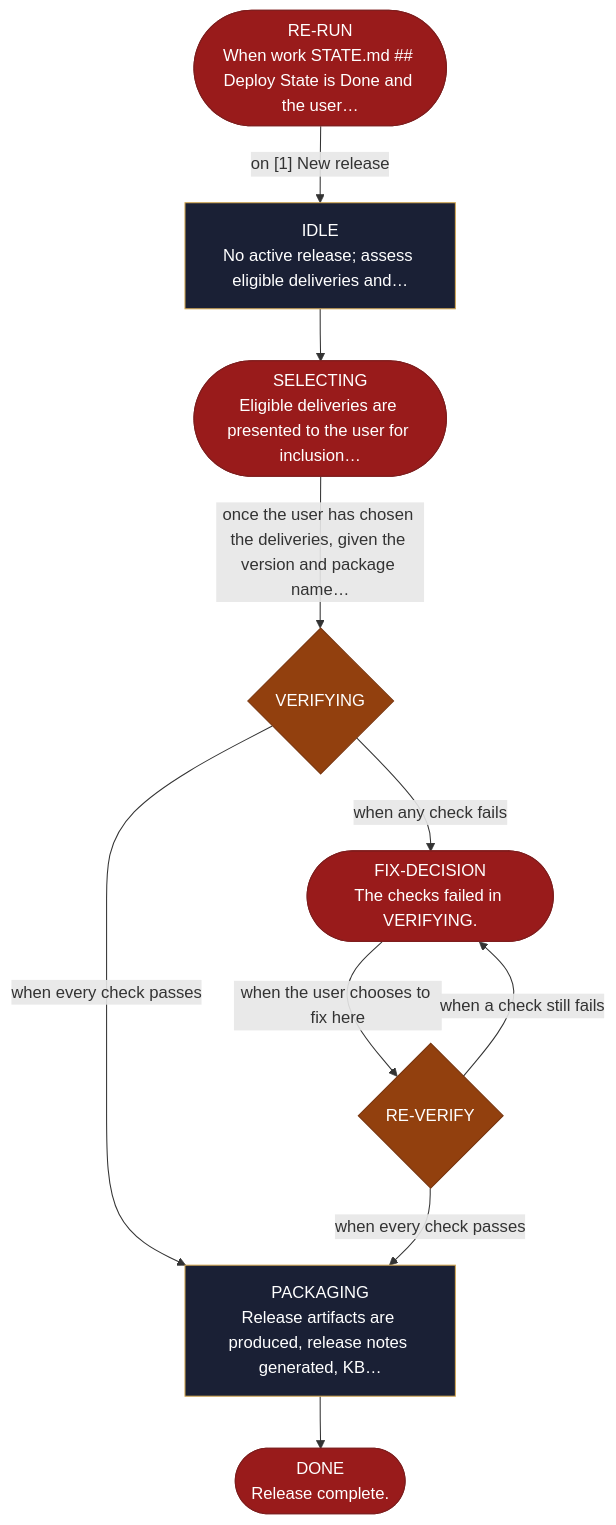
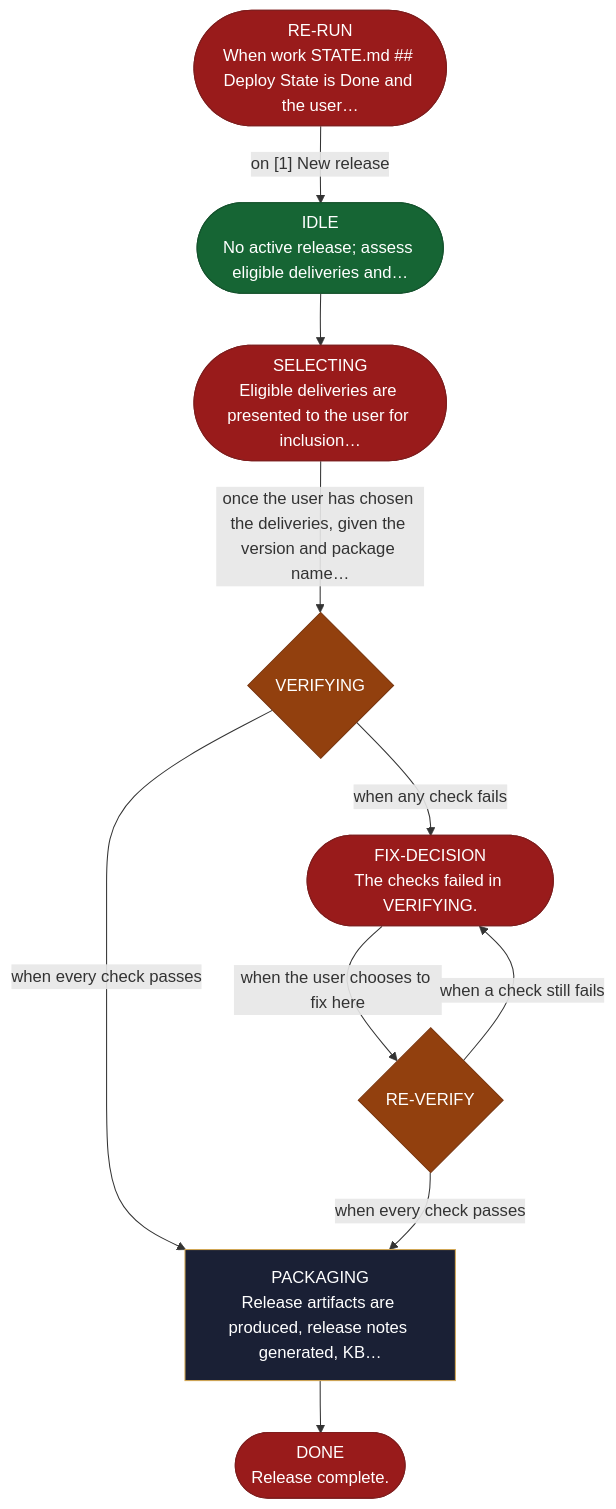
One commit to AndreVianna/aid-methodology changed the diagram in site/src/content/docs/skills/aid-deploy.md. Above: the diagram before and after it, drawn with Mermaid. The commit also changed other lines of this file and 253 other files, not shown here.

````diff
--- a/site/src/content/docs/skills/aid-deploy.md
+++ b/site/src/content/docs/skills/aid-deploy.md
@@ -19,42 +19,42 @@
 ```mermaid
 flowchart TB
   classDef aidNode color:#fff
   classDef aidEntry fill:#166534,stroke:#14532d,color:#fff
   classDef aidExit fill:#991b1b,stroke:#7f1d1d,color:#fff
   classDef aidDecision fill:#92400e,stroke:#78350f,color:#fff
   classDef aidLoopBack fill:#1e3a8a,stroke:#1e3a8a,color:#fff
   classDef aidStep fill:#1a2035,stroke:#d4a853,color:#f1f5f9
-  n1["IDLE<br/>No active release; assess eligible deliveries and…"]
+  n1(["IDLE<br/>No active release; assess eligible deliveries and…"])
   n2(["SELECTING<br/>Eligible deliveries are presented to the user for inclusion…"])
   n3{"VERIFYING"}
   n4(["FIX-DECISION<br/>The checks failed in VERIFYING."])
   n5{"RE-VERIFY"}
   n6["PACKAGING<br/>Release artifacts are produced, release notes generated, KB…"]
   n7(["DONE<br/>Release complete."])
   n8(["RE-RUN<br/>When work STATE.md ## Deploy State is Done and the user…"])
   n1 --> n2
   n2 -->|"once the user has chosen the deliveries, given the version and package name…"| n3
   n3 -->|"when any check fails"| n4
   n3 -->|"when every check passes"| n6
   n4 -->|"when the user chooses to fix here"| n5
   n5 -->|"when a check still fails"| n4
   n5 -->|"when every check passes"| n6
   n6 --> n7
   n8 -->|"on [1] New release"| n1
-  class n1 aidStep
+  class n1 aidEntry
   class n2 aidExit
   class n3 aidDecision
   class n4 aidExit
   class n5 aidDecision
   class n6 aidStep
   class n7 aidExit
   class n8 aidExit
   class n1 aidNode
   class n2 aidNode
   class n3 aidNode
   class n4 aidNode
   class n5 aidNode
   class n6 aidNode
   class n7 aidNode
   class n8 aidNode
 ```
````
